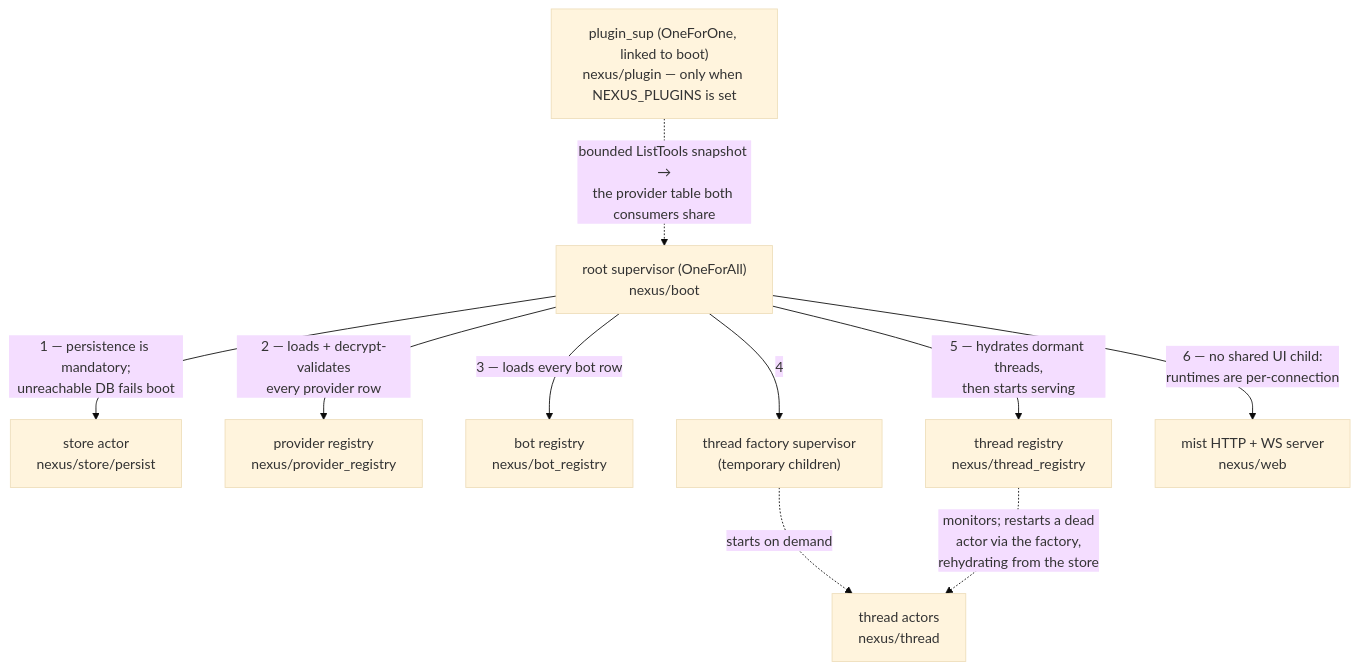
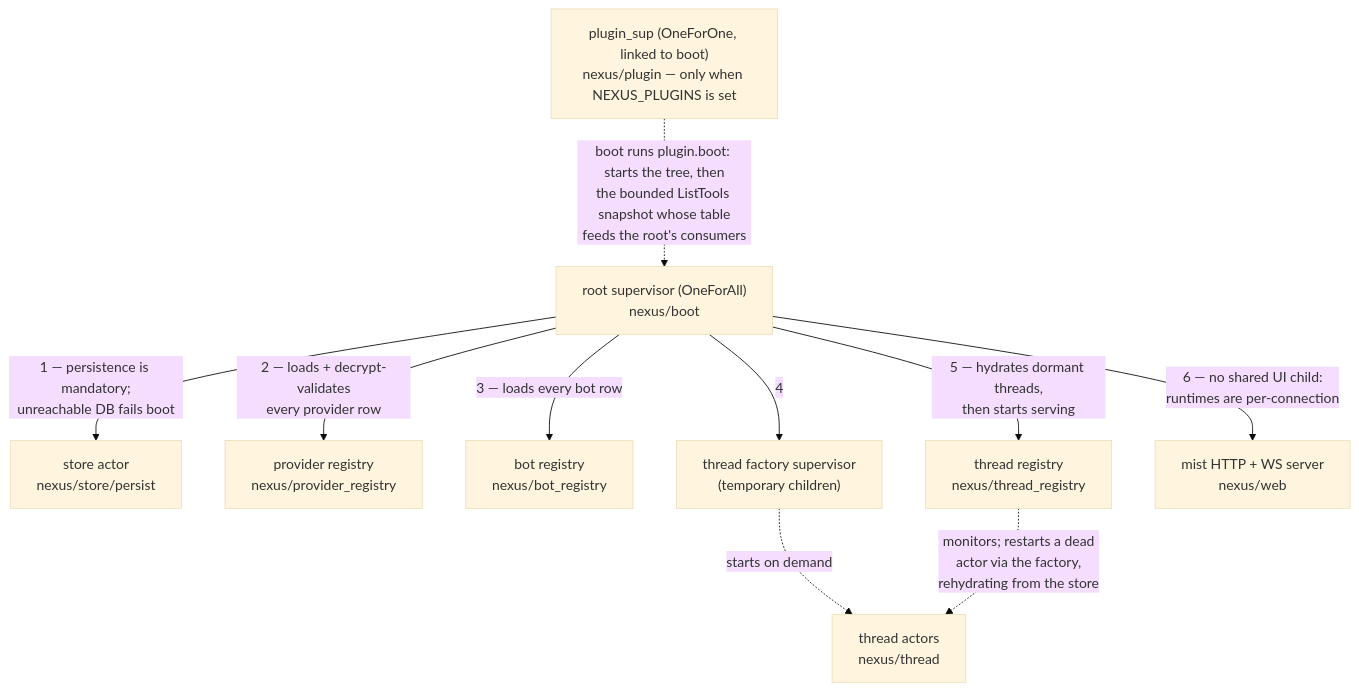
The second of 4 diagrams in ARCHITECTURE.md (jhillyerd/nexus), drawn with Mermaid (base theme) before and after one commit. The commit also changed other lines of this file and 7 other files, not shown here.

````diff
--- a/ARCHITECTURE.md
+++ b/ARCHITECTURE.md
@@ -69,14 +69,14 @@
 ```mermaid
 flowchart TB
     PSUP["plugin_sup (OneForOne, linked to boot)<br/>nexus/plugin — only when NEXUS_PLUGINS is set"]
     ROOT["root supervisor (OneForAll)<br/>nexus/boot"]
-    PSUP -.->|"bounded ListTools snapshot →<br/>the provider table both consumers share"| ROOT
+    PSUP -.->|"boot runs plugin.boot: starts the tree, then<br/>the bounded ListTools snapshot whose table<br/>feeds the root's consumers"| ROOT
     ROOT -->|"1 — persistence is mandatory;<br/>unreachable DB fails boot"| STORE["store actor<br/>nexus/store/persist"]
     ROOT -->|"2 — loads + decrypt-validates<br/>every provider row"| PROV["provider registry<br/>nexus/provider_registry"]
     ROOT -->|"3 — loads every bot row"| BOT["bot registry<br/>nexus/bot_registry"]
     ROOT -->|"4"| FACT["thread factory supervisor<br/>(temporary children)"]
     ROOT -->|"5 — hydrates dormant threads,<br/>then starts serving"| REG["thread registry<br/>nexus/thread_registry"]
     ROOT -->|"6 — no shared UI child:<br/>runtimes are per-connection"| MIST["mist HTTP + WS server<br/>nexus/web"]
     FACT -.->|"starts on demand"| SA["thread actors<br/>nexus/thread"]
     REG -.->|"monitors; restarts a dead<br/>actor via the factory,<br/>rehydrating from the store"| SA
 ```
````
